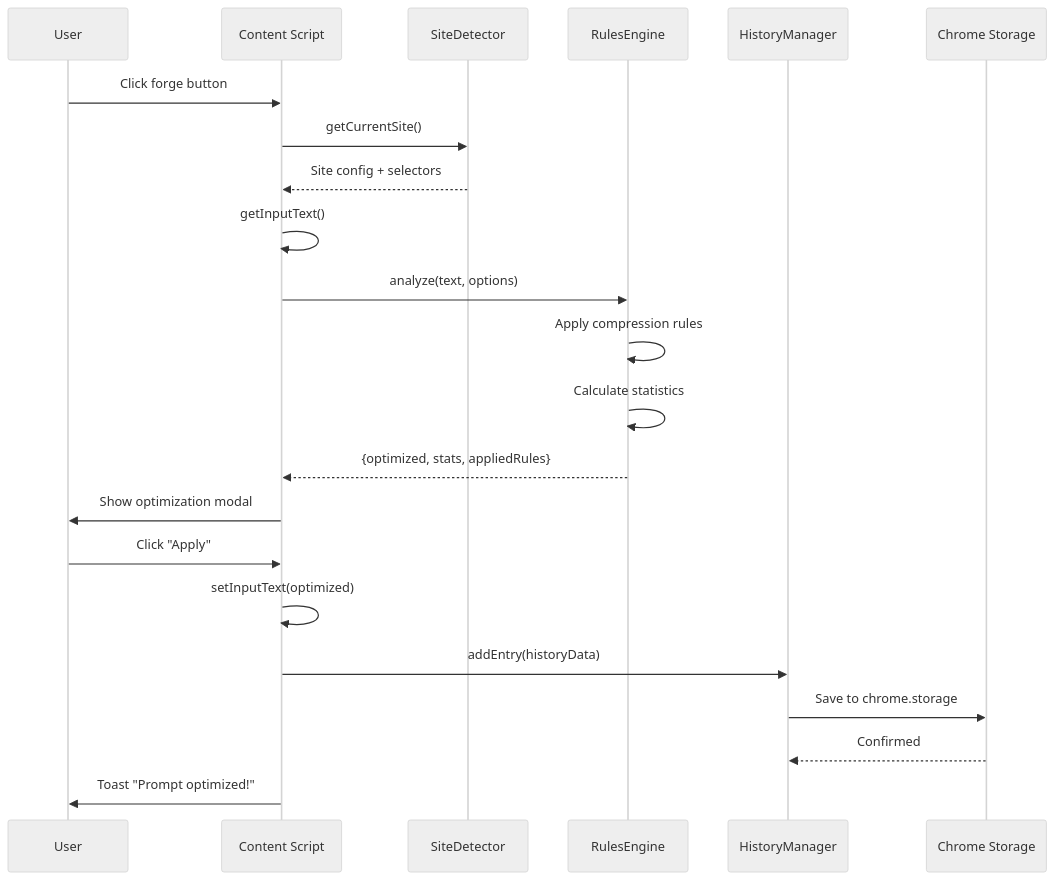
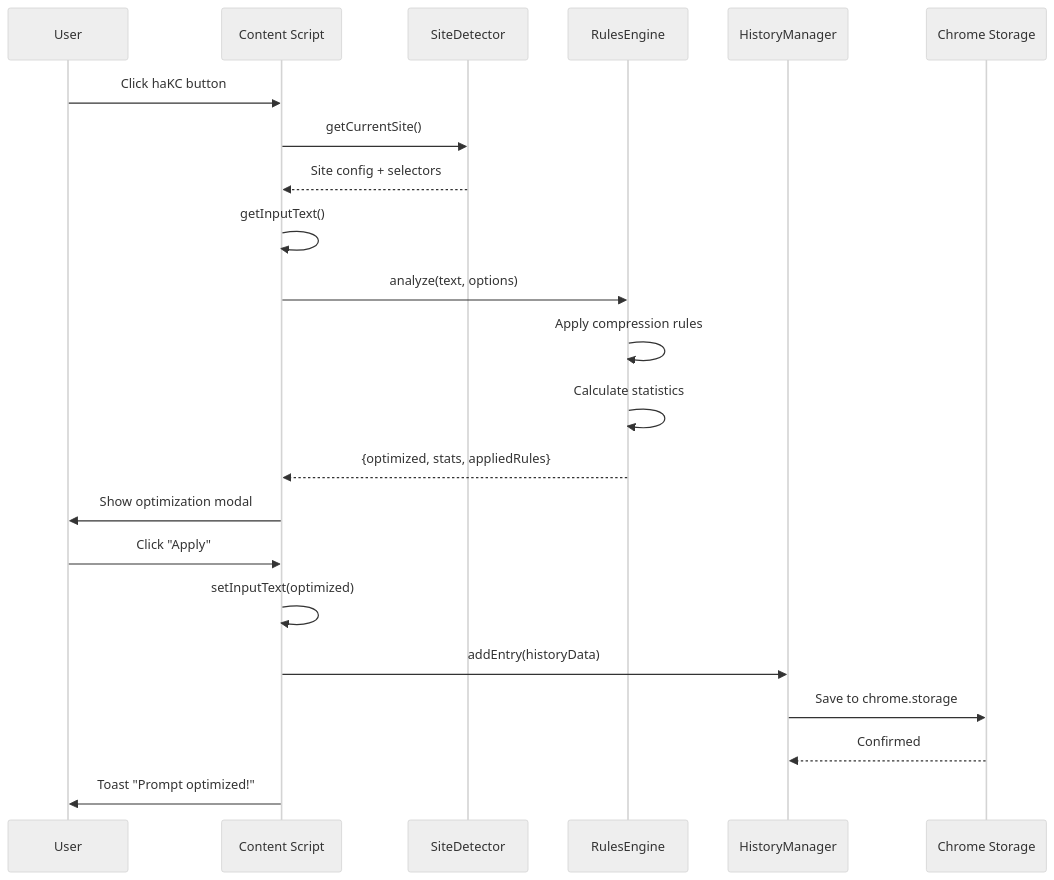
The second of 3 diagrams in README.md (haKC-ai/prompthakcer), drawn with Mermaid (neutral theme) before and after one commit. The commit also changed other lines of this file and 12 other files, not shown here.

````diff
--- a/README.md
+++ b/README.md
@@ -242,25 +242,25 @@
 ```mermaid
 sequenceDiagram
     participant U as User
     participant CS as Content Script
     participant SD as SiteDetector
     participant RE as RulesEngine
     participant HM as HistoryManager
     participant ST as Chrome Storage
 
-    U->>CS: Click forge button
+    U->>CS: Click haKC button
     CS->>SD: getCurrentSite()
     SD-->>CS: Site config + selectors
     CS->>CS: getInputText()
     CS->>RE: analyze(text, options)
     RE->>RE: Apply compression rules
     RE->>RE: Calculate statistics
     RE-->>CS: {optimized, stats, appliedRules}
     CS->>U: Show optimization modal
     U->>CS: Click "Apply"
     CS->>CS: setInputText(optimized)
     CS->>HM: addEntry(historyData)
     HM->>ST: Save to chrome.storage
     ST-->>HM: Confirmed
     CS->>U: Toast "Prompt optimized!"
 ```
````
